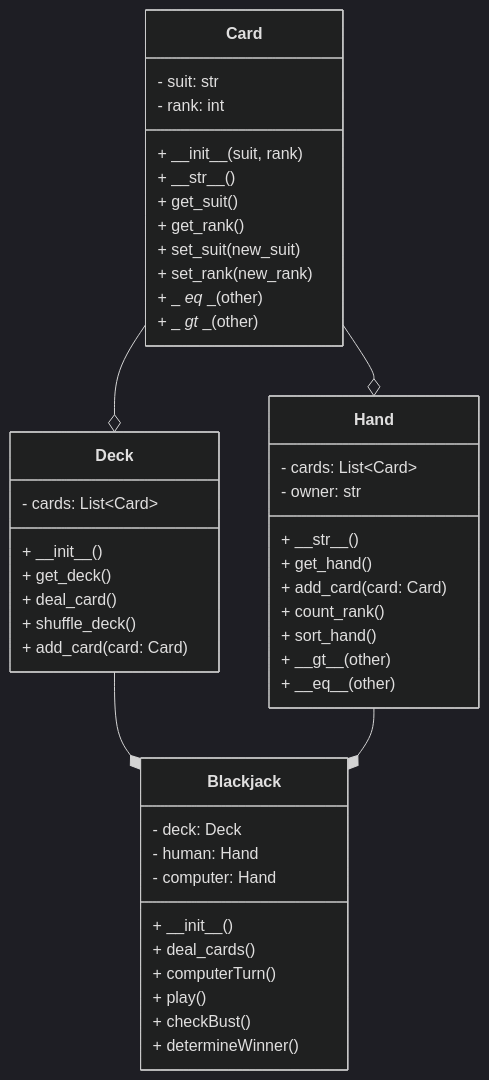
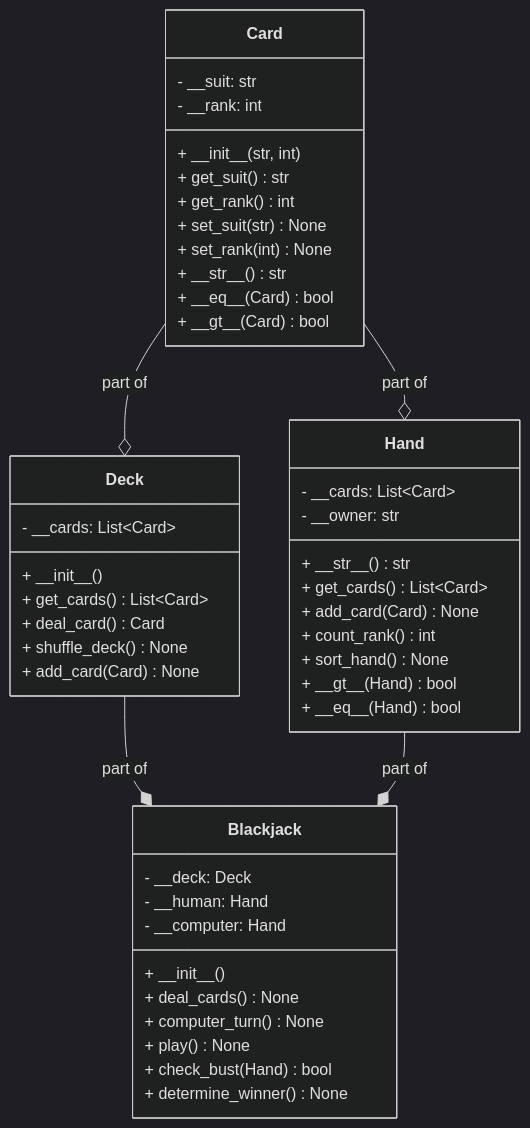
The first of 5 diagrams in content/new_syllabus/unit_03_oop/03_polymorphism/_index.md (isf-dp-cs/isf-dp-cs.github.io), drawn with Mermaid (dark theme) before and after one commit. The commit also changed other lines of this file, not shown here.

Commit message:
polymorphism lab (cards) going live

```diff
--- a/content/new_syllabus/unit_03_oop/03_polymorphism/_index.md
+++ b/content/new_syllabus/unit_03_oop/03_polymorphism/_index.md
@@ -41,58 +40,58 @@
 {{< mermaid >}}
 
 classDiagram
     class Card {
-        - suit: str
-        - rank: int
-        + \_\_init__(suit, rank)
-        + \_\_str__()
-        + get_suit()
-        + get_rank()
-        + set_suit(new_suit)
-        + set_rank(new_rank)
-        + _ _eq_ _(other)
-        + _ _gt_ _(other)
+        - __suit: str
+        - __rank: int
+        + \_\_init__(str, int)
+        + get_suit() str
+        + get_rank() int
+        + set_suit(str) None
+        + set_rank(int) None
+        + \_\_str__() str
+        + \_\_eq__(Card) bool
+        + \_\_gt__(Card) bool
     }
 
 
     class Deck {
-        - cards: List~Card~
+        - __cards: List~Card~
         + \_\_init__()
-        + get_deck()
-        + deal_card()
-        + shuffle_deck()
-        + add_card(card: Card)
+        + get_cards() List~Card~
+        + deal_card() Card
+        + shuffle_deck() None
+        + add_card(Card) None
     }
 
 
     class Hand {
-        - cards: List~Card~
-        - owner: str
-        + \_\_str__()
-        + get_hand()
-        + add_card(card: Card)
-        + count_rank()
-        + sort_hand()
-        + \_\_gt__(other)
-        + \_\_eq__(other)
+        - __cards: List~Card~
+        - __owner: str
+        + \_\_str__() str
+        + get_cards() List~Card~
+        + add_card(Card) None
+        + count_rank() int
+        + sort_hand() None
+        + \_\_gt__(Hand) bool
+        + \_\_eq__(Hand) bool
     }
 
 
     class Blackjack {
-        - deck: Deck
-        - human: Hand
-        - computer: Hand
+        - __deck: Deck
+        - __human: Hand
+        - __computer: Hand
         + \_\_init__()
-        + deal_cards()
-        + computerTurn()
-        + play()
-        + checkBust()
-        + determineWinner()
-    } 
+        + deal_cards() None
+        + computer_turn() None
+        + play() None
+        + check_bust(Hand) bool
+        + determine_winner() None
+    }  
 
-    Card --o Hand
-    Card --o Deck
-    Deck --* Blackjack
-    Hand --* Blackjack
+    Card --o Hand : part of
+    Card --o Deck : part of
+    Deck --* Blackjack : part of
+    Hand --* Blackjack : part of
    
 {{< /mermaid >}}
```
